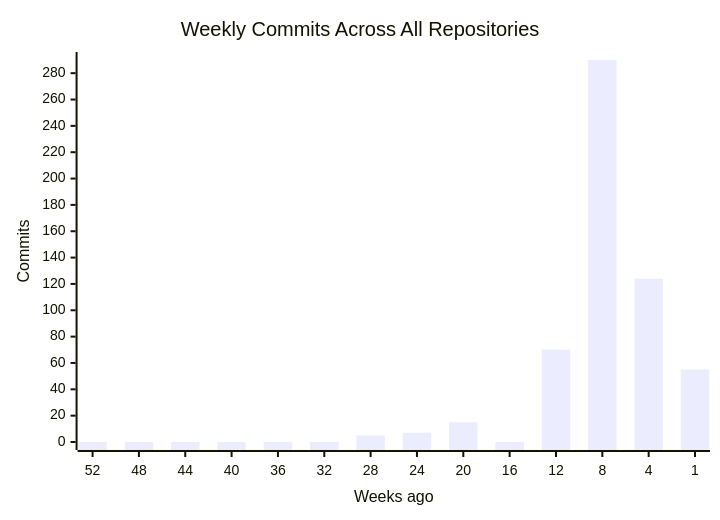
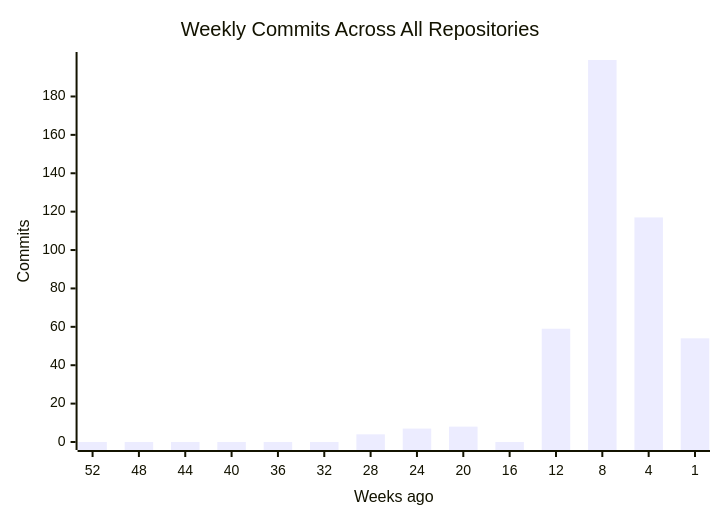
Before and after one commit to CSTH-Projects/.github: the first of 4 diagrams in profile/README.md, drawn with Mermaid. The commit also changed other lines of this file, not shown here.

````diff
--- a/profile/README.md
+++ b/profile/README.md
@@ -16,7 +16,7 @@
 ```mermaid
 xychart-beta
     title "Weekly Commits Across All Repositories"
     x-axis "Weeks ago" [52, 48, 44, 40, 36, 32, 28, 24, 20, 16, 12, 8, 4, 1]
     y-axis "Commits"
-    bar [0, 0, 0, 0, 0, 0, 5, 7, 15, 0, 70, 290, 124, 55]
+    bar [0, 0, 0, 0, 0, 0, 4, 7, 8, 0, 59, 199, 117, 54]
 ```
````
